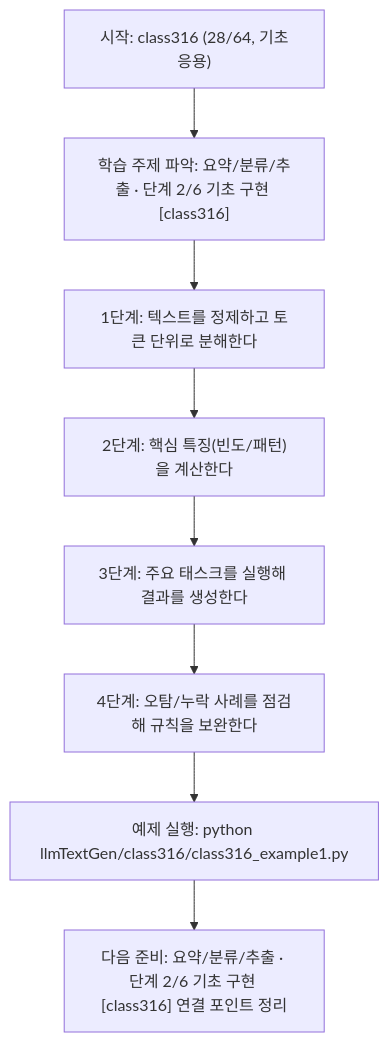
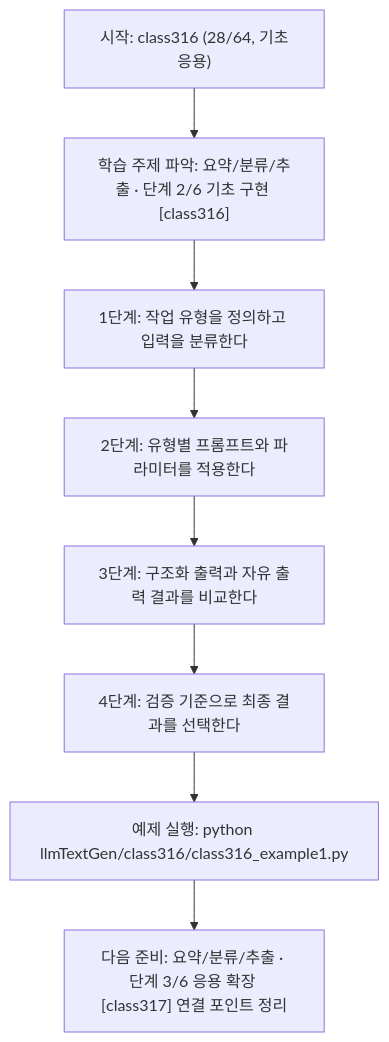
Before and after one commit to edumgt/Python-AI_Agent-Class: the diagram in llmTextGen/class316/class316.md, drawn with Mermaid. The commit also changed other lines of this file and 451 other files, not shown here.

````diff
--- a/llmTextGen/class316/class316.md
+++ b/llmTextGen/class316/class316.md
@@ -114,18 +95,18 @@
 ```mermaid
 flowchart TD
 N1["시작: class316 (28/64, 기초응용)"]
 N2["학습 주제 파악: 요약/분류/추출 · 단계 2/6 기초 구현 [class316]"]
-N3["1단계: 텍스트를 정제하고 토큰 단위로 분해한다"]
-N4["2단계: 핵심 특징(빈도/패턴)을 계산한다"]
-N5["3단계: 주요 태스크를 실행해 결과를 생성한다"]
-N6["4단계: 오탐/누락 사례를 점검해 규칙을 보완한다"]
+N3["1단계: 작업 유형을 정의하고 입력을 분류한다"]
+N4["2단계: 유형별 프롬프트와 파라미터를 적용한다"]
+N5["3단계: 구조화 출력과 자유 출력 결과를 비교한다"]
+N6["4단계: 검증 기준으로 최종 결과를 선택한다"]
 N7["예제 실행: python llmTextGen/class316/class316_example1.py"]
-N8["다음 준비: 요약/분류/추출 · 단계 2/6 기초 구현 [class316] 연결 포인트 정리"]
+N8["다음 준비: 요약/분류/추출 · 단계 3/6 응용 확장 [class317] 연결 포인트 정리"]
 N1 --> N2
 N2 --> N3
 N3 --> N4
 N4 --> N5
 N5 --> N6
 N6 --> N7
 N7 --> N8
 ```
````
